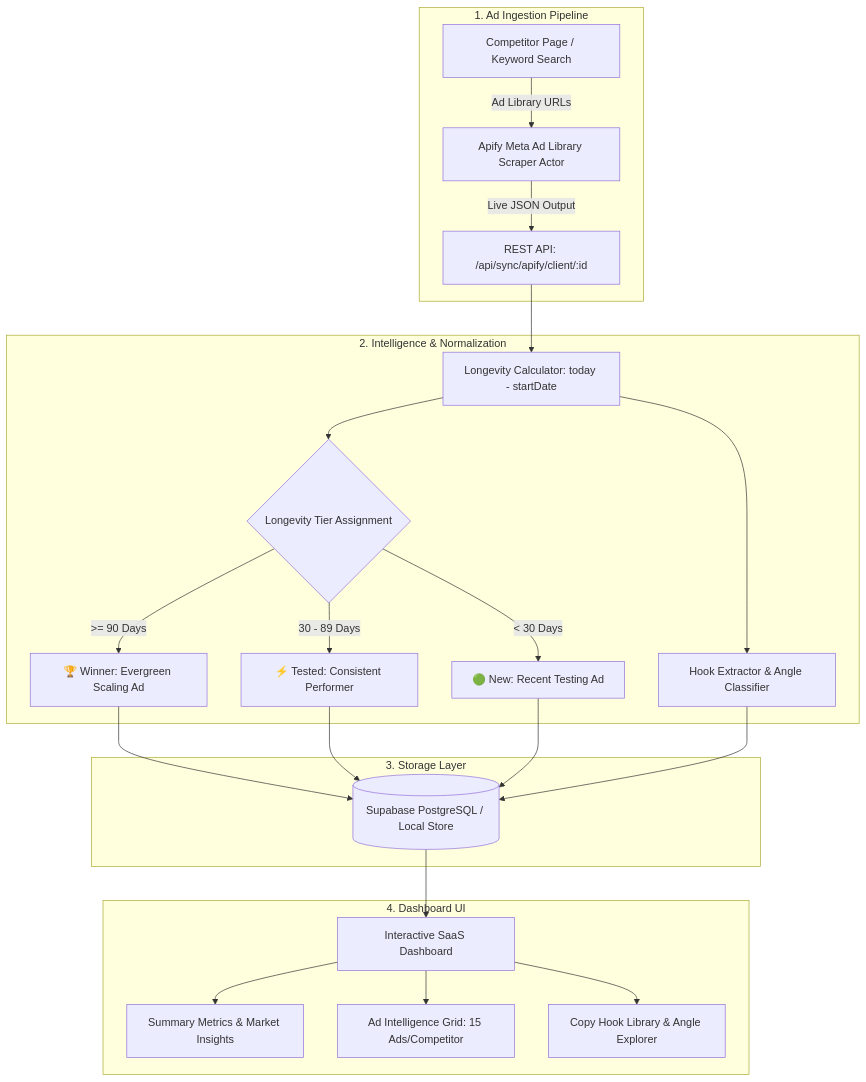
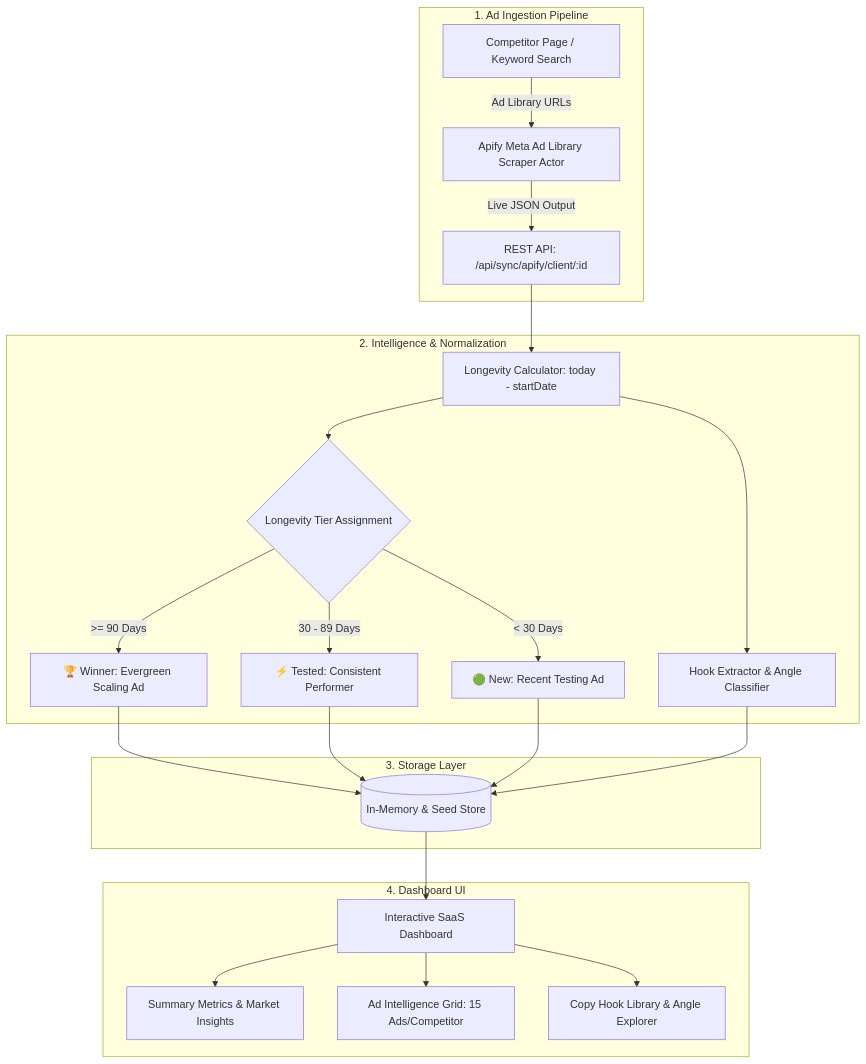
The diagram in README.md (bs-hue/compititor-ad-analysis-), drawn with Mermaid before and after one commit. The commit also changed other lines of this file and 7 other files, not shown here.

Commit message:
chore: remove Supabase dependencies and streamline in-memory data store

````diff
--- a/README.md
+++ b/README.md
@@ -30,27 +26,27 @@
 ```mermaid
 flowchart TD
     subgraph Ingestion["1. Ad Ingestion Pipeline"]
         A[Competitor Page / Keyword Search] -->|Ad Library URLs| B[Apify Meta Ad Library Scraper Actor]
         B -->|Live JSON Output| C[REST API: /api/sync/apify/client/:id]
     end
 
     subgraph Processing["2. Intelligence & Normalization"]
         C --> D[Longevity Calculator: today - startDate]
         D --> E{Longevity Tier Assignment}
         E -->|>= 90 Days| E1[🏆 Winner: Evergreen Scaling Ad]
         E -->|30 - 89 Days| E2[⚡ Tested: Consistent Performer]
         E -->|< 30 Days| E3[🟢 New: Recent Testing Ad]
         D --> F[Hook Extractor & Angle Classifier]
     end
 
     subgraph Storage["3. Storage Layer"]
-        E1 & E2 & E3 & F --> G[(Supabase PostgreSQL / Local Store)]
+        E1 & E2 & E3 & F --> G[(In-Memory & Seed Store)]
     end
 
     subgraph Presentation["4. Dashboard UI"]
         G --> H[Interactive SaaS Dashboard]
         H --> H1[Summary Metrics & Market Insights]
         H --> H2[Ad Intelligence Grid: 15 Ads/Competitor]
         H --> H3[Copy Hook Library & Angle Explorer]
     end
 ```
````
